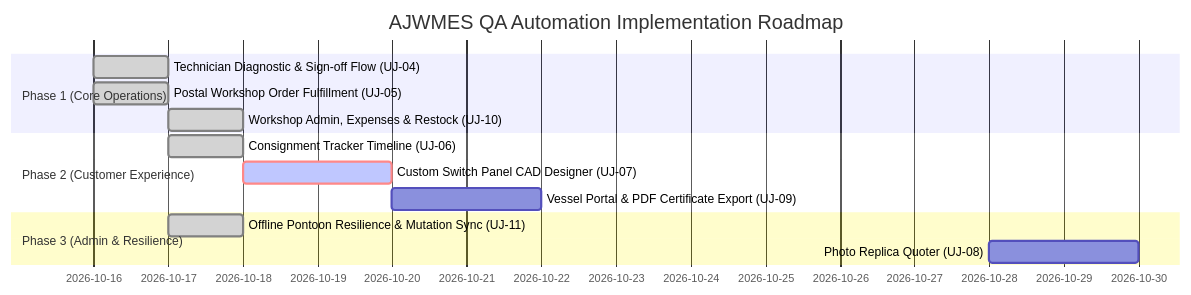
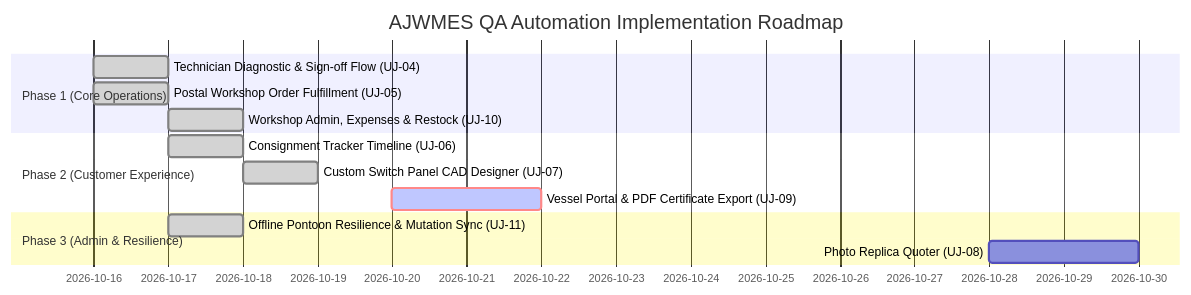
The second of 2 diagrams in docs/E2E_USER_JOURNEYS.md (AnthonyWrather/ajwmes), drawn with Mermaid before and after one commit. The commit also changed other lines of this file and 11 other files, not shown here.

Commit message:
feat(e2e): implement Journey 7 custom switch panel CAD configurator flow

````diff
--- a/docs/E2E_USER_JOURNEYS.md
+++ b/docs/E2E_USER_JOURNEYS.md
@@ -264,16 +300,16 @@
 ```mermaid
 gantt
     title AJWMES QA Automation Implementation Roadmap
     dateFormat  YYYY-MM-DD
     section Phase 1 (Core Operations)
     Technician Diagnostic & Sign-off Flow (UJ-04) :done, 2026-10-16, 1d
     Postal Workshop Order Fulfillment (UJ-05)     :done, 2026-10-16, 1d
     Workshop Admin, Expenses & Restock (UJ-10)    :done, 2026-10-17, 1d
     section Phase 2 (Customer Experience)
     Consignment Tracker Timeline (UJ-06)          :done, 2026-10-17, 1d
-    Custom Switch Panel CAD Designer (UJ-07)      :crit, active, 2026-10-18, 2d
-    Vessel Portal & PDF Certificate Export (UJ-09):2026-10-20, 2d
+    Custom Switch Panel CAD Designer (UJ-07)      :done, 2026-10-18, 1d
+    Vessel Portal & PDF Certificate Export (UJ-09):crit, active, 2026-10-20, 2d
     section Phase 3 (Admin & Resilience)
     Offline Pontoon Resilience & Mutation Sync (UJ-11):done, 2026-10-17, 1d
     Photo Replica Quoter (UJ-08)                  :2026-10-28, 2d
 ```
````
